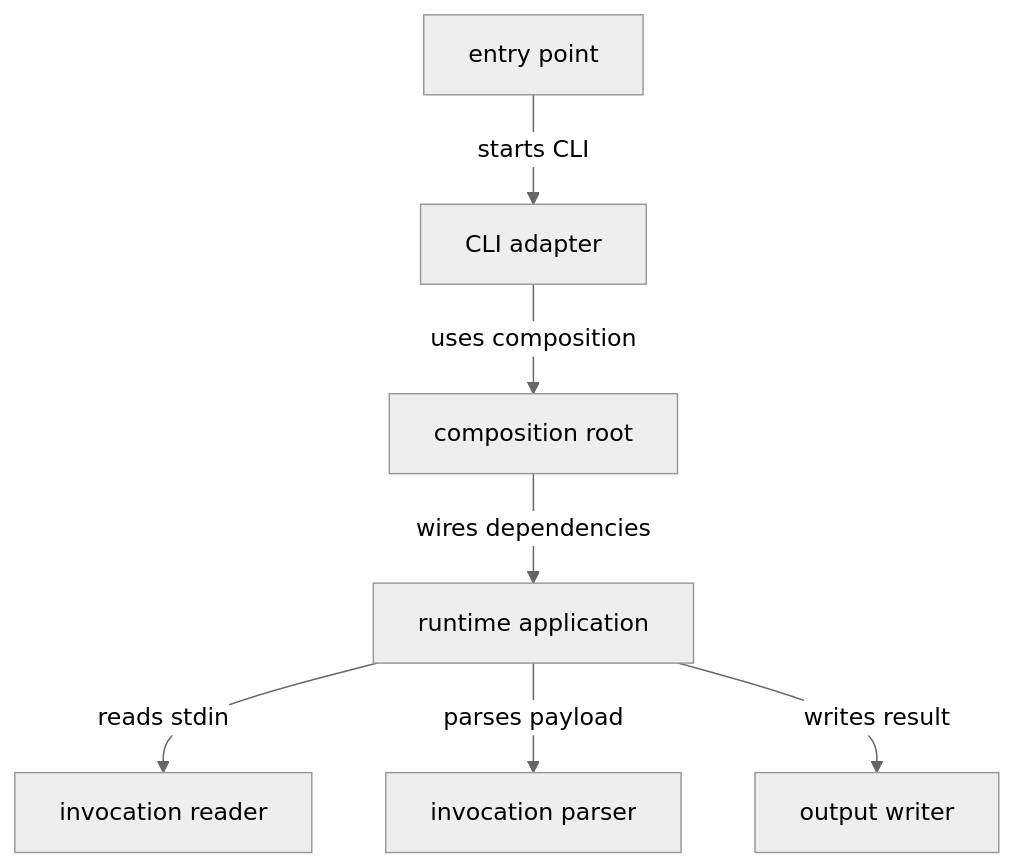
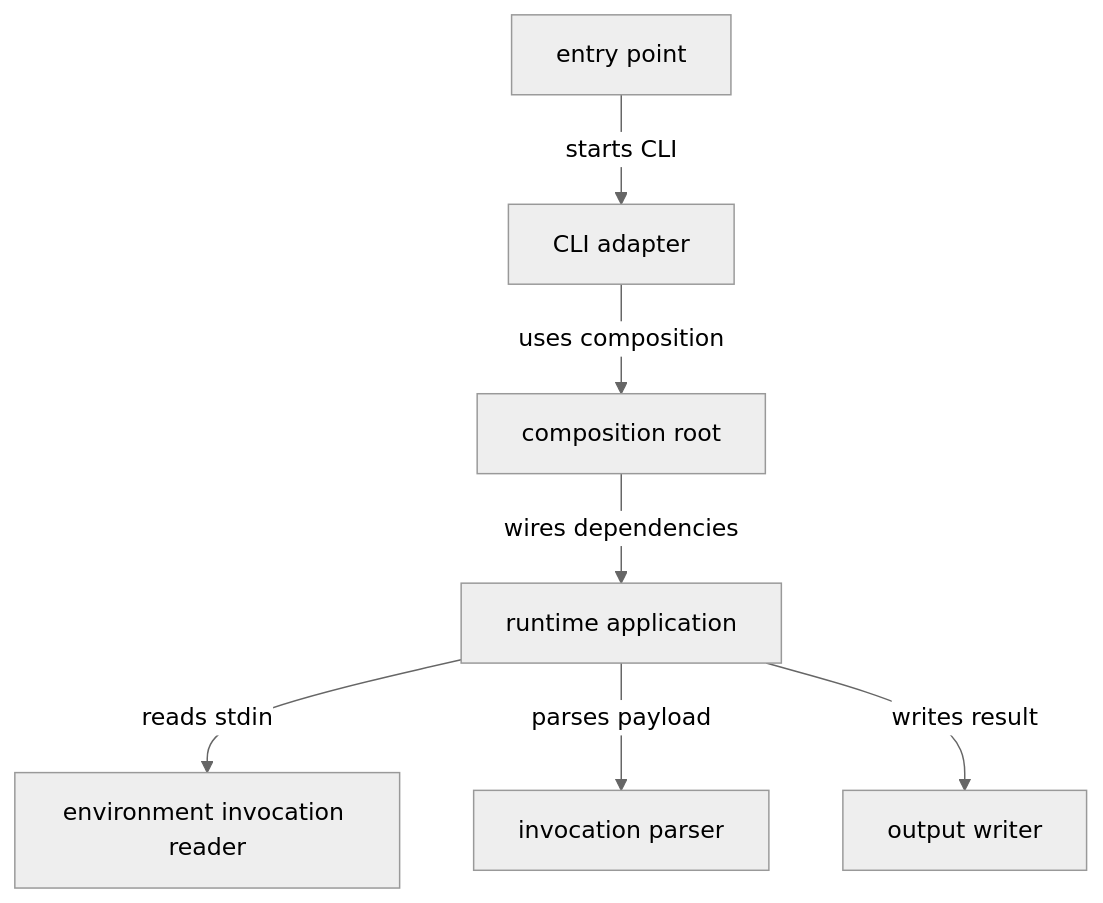
One commit to Dangerdan9631/Agent changed the diagram in spec-n-roll/src/spec-n-roll-runtime/src/README.md. Above: the diagram before and after it, drawn with Mermaid (neutral theme). The commit also changed other lines of this file and 22 other files, not shown here.

````diff
--- a/spec-n-roll/src/spec-n-roll-runtime/src/README.md
+++ b/spec-n-roll/src/spec-n-roll-runtime/src/README.md
@@ -7,17 +7,17 @@
 ```mermaid
 flowchart TD
     Entry["entry point"]
     Cli["CLI adapter"]
     Composition["composition root"]
-    Reader["invocation reader"]
+    Reader["environment invocation reader"]
     Parser["invocation parser"]
     Application["runtime application"]
     Output["output writer"]
 
     Entry -->|"starts CLI"| Cli
     Cli -->|"uses composition"| Composition
     Composition -->|"wires dependencies"| Application
     Application -->|"reads stdin"| Reader
     Application -->|"parses payload"| Parser
     Application -->|"writes result"| Output
 ```
````
